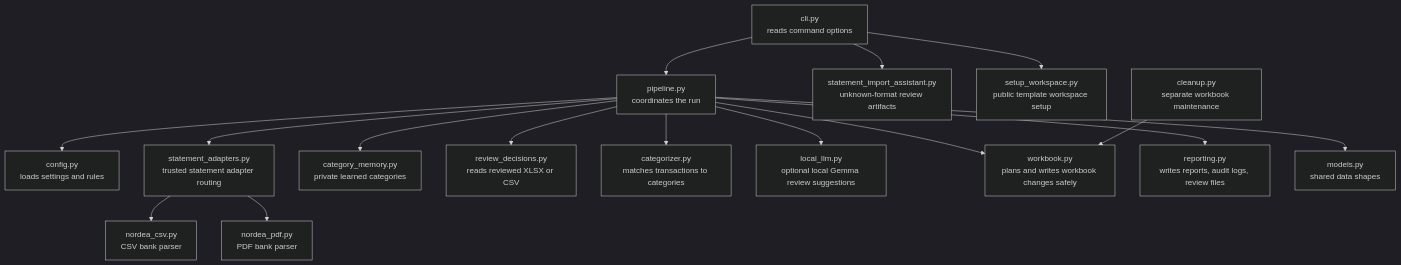
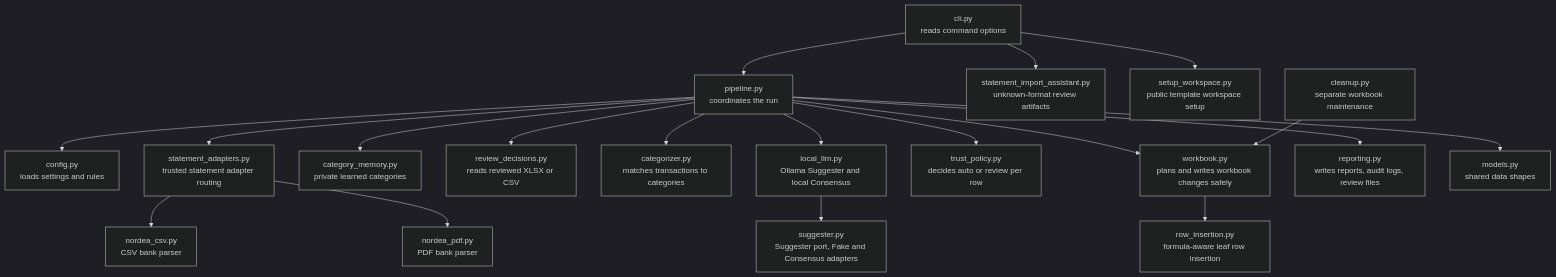
One commit to EricleungDK/personalwealthtracker changed the third of 5 diagrams in docs/project_overview.md. Above: the diagram before and after it, drawn with Mermaid (dark theme). The commit also changed other lines of this file and 28 other files, not shown here.

````diff
--- a/docs/project_overview.md
+++ b/docs/project_overview.md
@@ -81,18 +84,21 @@
 ```mermaid
 flowchart TD
   CLI["cli.py<br/>reads command options"] --> Pipeline["pipeline.py<br/>coordinates the run"]
   Pipeline --> Config["config.py<br/>loads settings and rules"]
   Pipeline --> Adapters["statement_adapters.py<br/>trusted statement adapter routing"]
   Adapters --> Csv["nordea_csv.py<br/>CSV bank parser"]
   Adapters --> Pdf["nordea_pdf.py<br/>PDF bank parser"]
   CLI --> ImportAssistant["statement_import_assistant.py<br/>unknown-format review artifacts"]
   CLI --> Setup["setup_workspace.py<br/>public template workspace setup"]
   Pipeline --> Memory["category_memory.py<br/>private learned categories"]
   Pipeline --> Review["review_decisions.py<br/>reads reviewed XLSX or CSV"]
   Pipeline --> Categorizer["categorizer.py<br/>matches transactions to categories"]
-  Pipeline --> LocalLLM["local_llm.py<br/>optional local Gemma review suggestions"]
+  Pipeline --> LocalLLM["local_llm.py<br/>Ollama Suggester and local Consensus"]
+  LocalLLM --> Suggester["suggester.py<br/>Suggester port, Fake and Consensus adapters"]
+  Pipeline --> Trust["trust_policy.py<br/>decides auto or review per row"]
   Pipeline --> Workbook["workbook.py<br/>plans and writes workbook changes safely"]
+  Workbook --> RowInsert["row_insertion.py<br/>formula-aware leaf row insertion"]
   Pipeline --> Reporting["reporting.py<br/>writes reports, audit logs, review files"]
   Pipeline --> Models["models.py<br/>shared data shapes"]
   Cleanup["cleanup.py<br/>separate workbook maintenance"] --> Workbook
 ```
````
